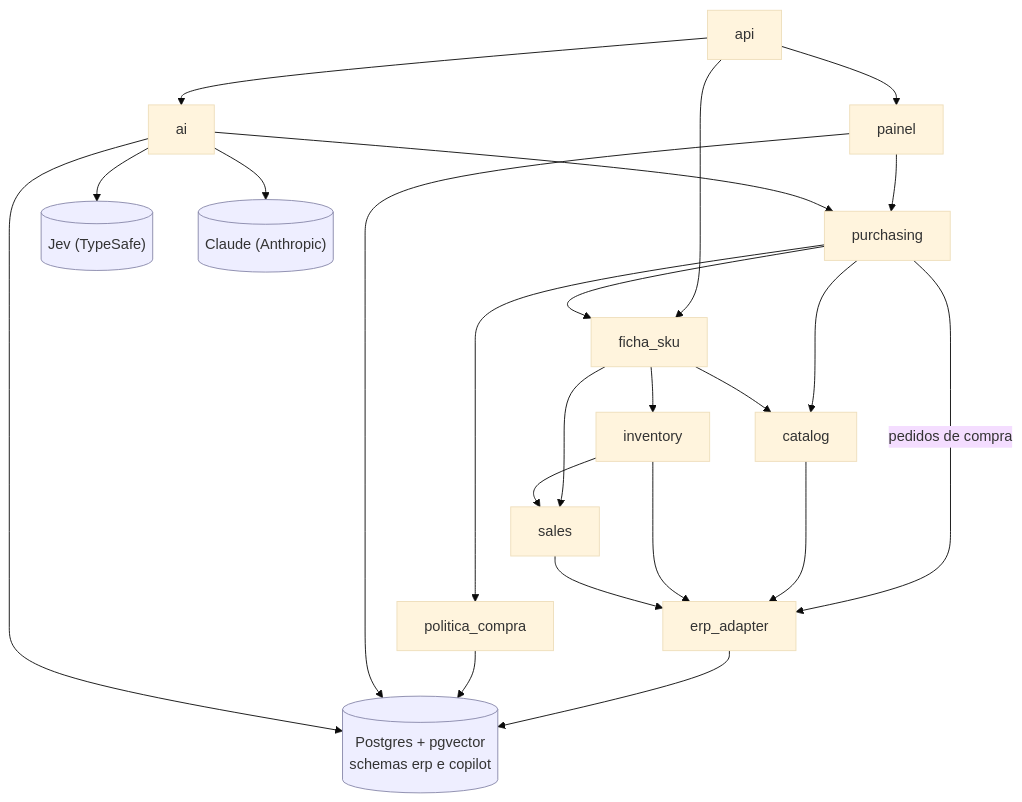
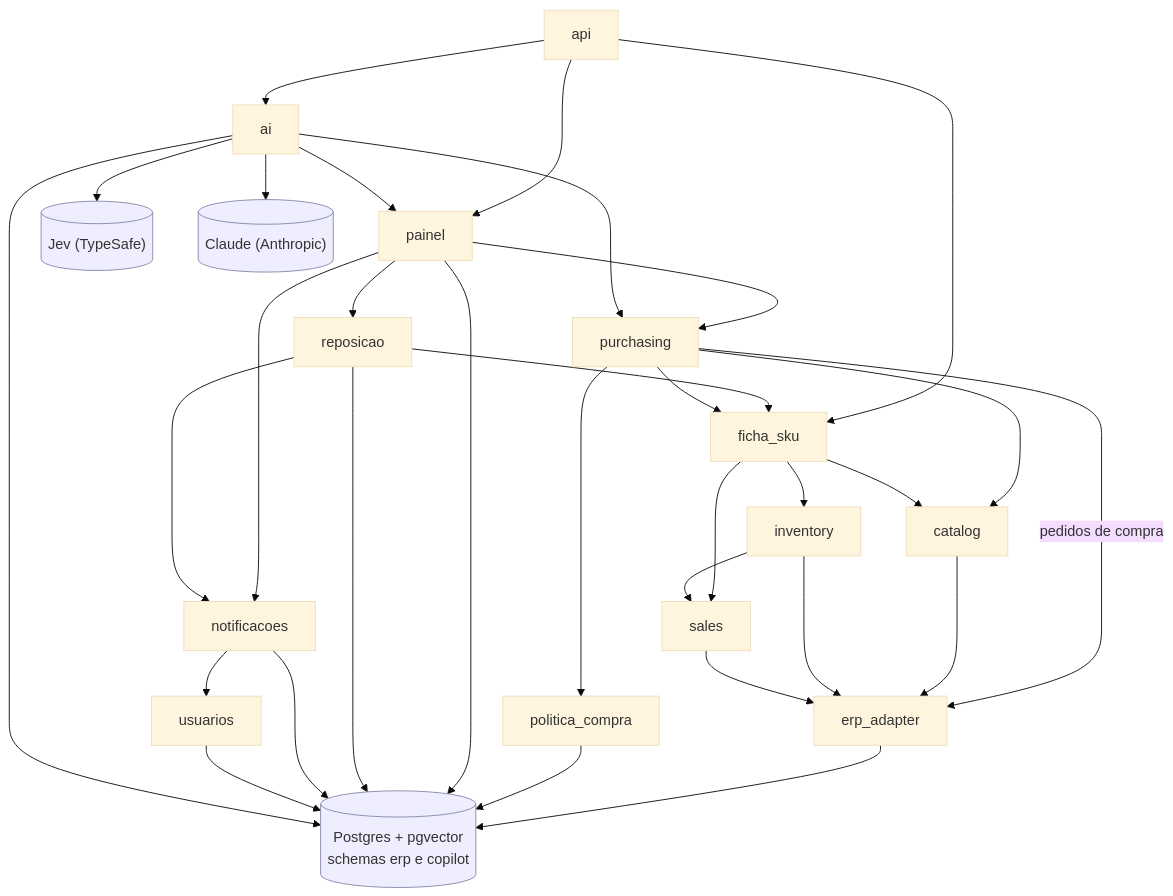
The third of 3 diagrams in README.md (RodFerraz1/sistema-para-estoque), drawn with Mermaid (base theme) before and after one commit. The commit also changed other lines of this file and 19 other files, not shown here.

````diff
--- a/README.md
+++ b/README.md
@@ -805,29 +888,38 @@
 ```mermaid
 flowchart TD
     api[api] --> painel[painel]
     api --> ai[ai]
     api --> ficha_sku[ficha_sku]
     painel --> purchasing[purchasing]
+    painel --> reposicao[reposicao]
+    painel --> notificacoes[notificacoes]
+    reposicao --> notificacoes
+    reposicao --> ficha_sku
+    notificacoes --> usuarios[usuarios]
+    ai --> painel
     ai --> purchasing
     purchasing --> ficha_sku
     purchasing --> catalog
     purchasing --> politica_compra[politica_compra]
     purchasing -- pedidos de compra --> erp_adapter[erp_adapter]
     ficha_sku --> catalog[catalog]
     ficha_sku --> inventory[inventory]
     ficha_sku --> sales[sales]
     inventory --> sales
     catalog --> erp_adapter
     inventory --> erp_adapter
     sales --> erp_adapter
 
     ai --> Jev[("Jev (TypeSafe)")]
     ai --> Claude[("Claude (Anthropic)")]
     erp_adapter --> Postgres[("Postgres + pgvector<br/>schemas erp e copilot")]
     politica_compra --> Postgres
     painel --> Postgres
+    reposicao --> Postgres
+    notificacoes --> Postgres
+    usuarios --> Postgres
     ai --> Postgres
 
     classDef externo fill:#eef,stroke:#88a
     class Jev,Claude,Postgres externo
 ```
````
